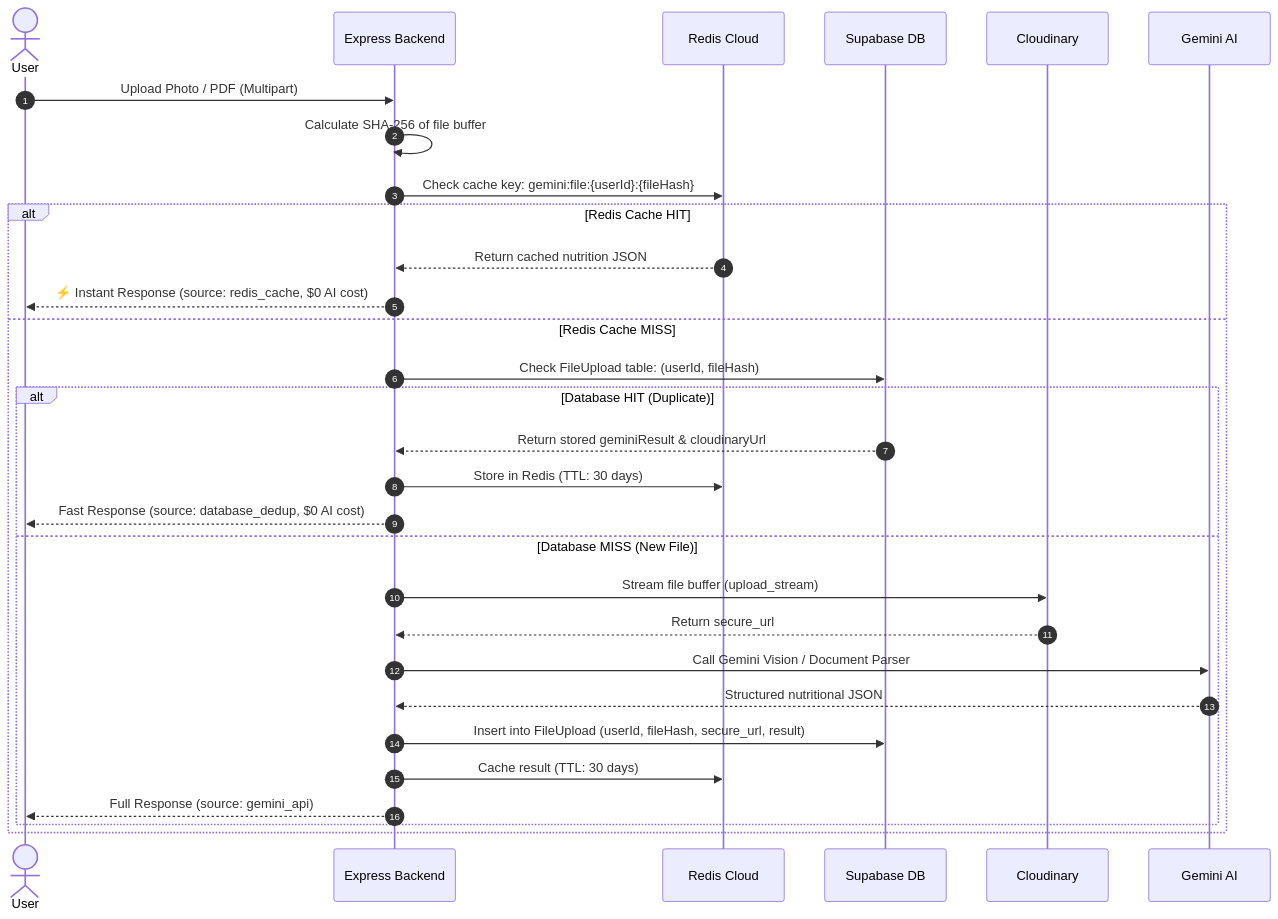
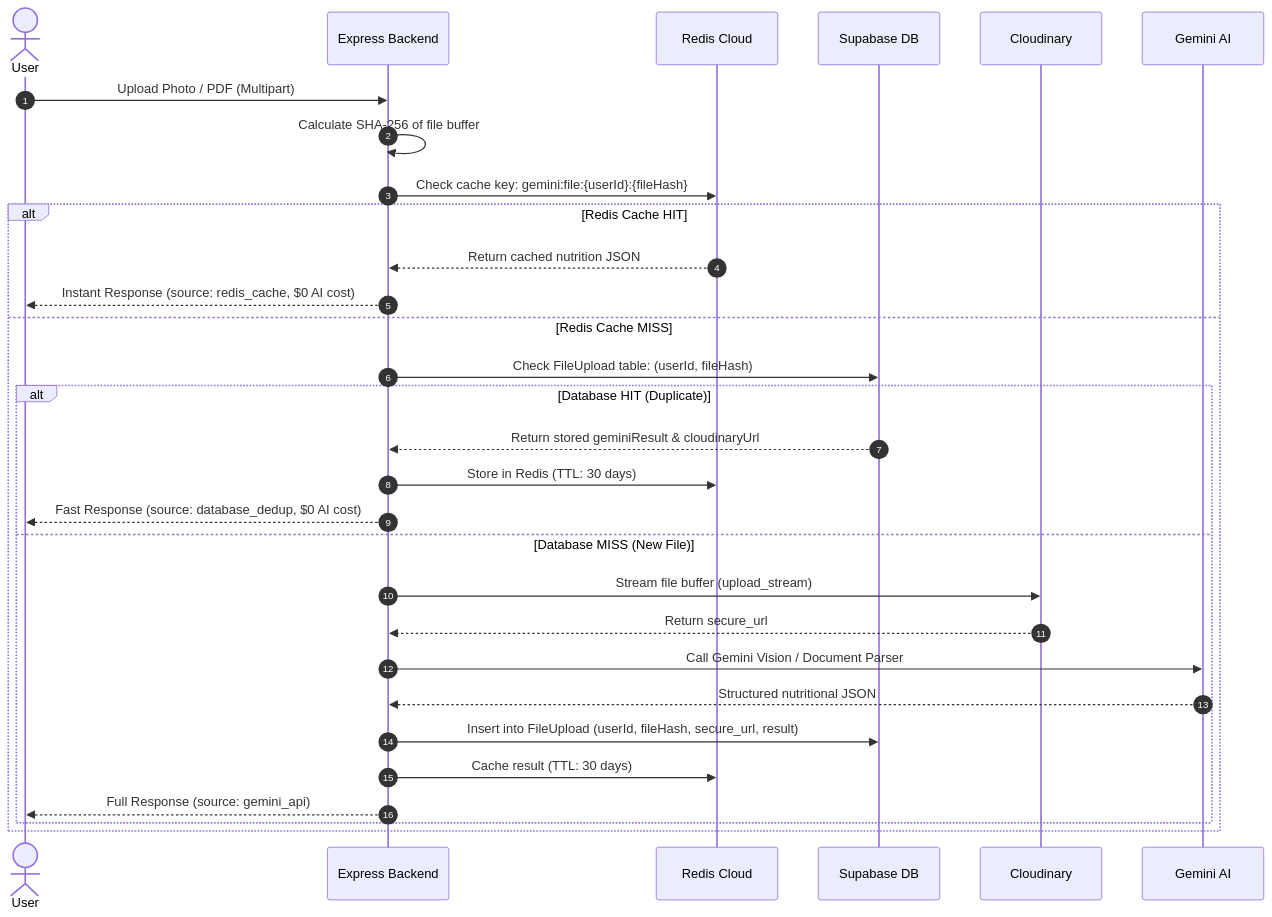
Before and after one commit to happylakhotia/Calorie-Tracker: the third of 3 diagrams in README.md, drawn with Mermaid. The commit also changed other lines of this file, not shown here.

````diff
--- a/README.md
+++ b/README.md
@@ -195,34 +195,34 @@
 ```mermaid
 sequenceDiagram
     autonumber
     actor User as User
     participant Server as Express Backend
     participant Redis as Redis Cloud
     participant DB as Supabase DB
     participant Cloud as Cloudinary
     participant AI as Gemini AI
 
     User->>Server: Upload Photo / PDF (Multipart)
     Server->>Server: Calculate SHA-256 of file buffer
     Server->>Redis: Check cache key: gemini:file:{userId}:{fileHash}
 
     alt Redis Cache HIT
         Redis-->>Server: Return cached nutrition JSON
-        Server-->>User: ⚡ Instant Response (source: redis_cache, $0 AI cost)
+        Server-->>User:  Instant Response (source: redis_cache, $0 AI cost)
     else Redis Cache MISS
         Server->>DB: Check FileUpload table: (userId, fileHash)
         alt Database HIT (Duplicate)
             DB-->>Server: Return stored geminiResult & cloudinaryUrl
             Server->>Redis: Store in Redis (TTL: 30 days)
             Server-->>User: Fast Response (source: database_dedup, $0 AI cost)
         else Database MISS (New File)
             Server->>Cloud: Stream file buffer (upload_stream)
             Cloud-->>Server: Return secure_url
             Server->>AI: Call Gemini Vision / Document Parser
             AI-->>Server: Structured nutritional JSON
             Server->>DB: Insert into FileUpload (userId, fileHash, secure_url, result)
             Server->>Redis: Cache result (TTL: 30 days)
             Server-->>User: Full Response (source: gemini_api)
         end
     end
 ```
````
